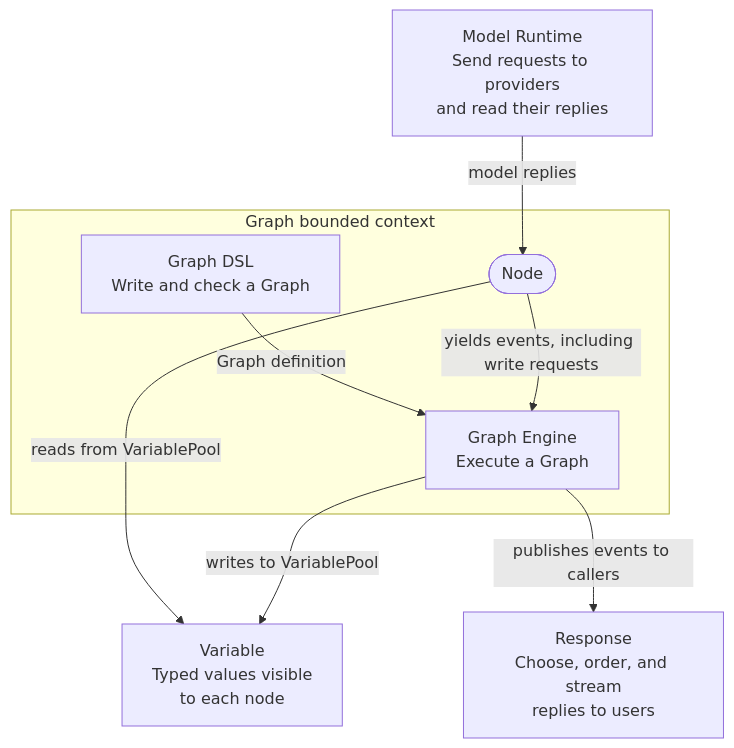
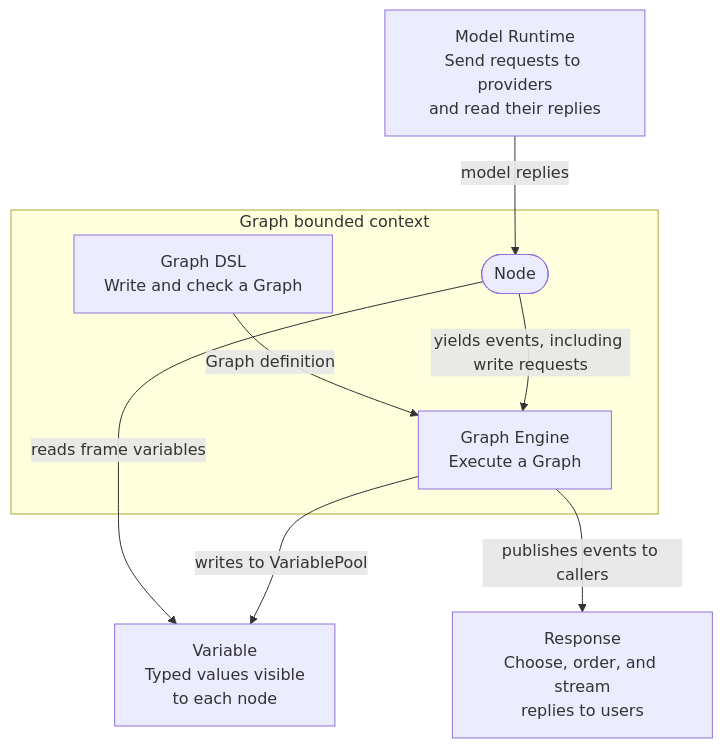
Before and after one commit to langgenius/graphon: the first of 2 diagrams in docs/domain-model.md, drawn with Mermaid. The commit also changed other lines of this file and 34 other files, not shown here.

First line of the commit message:
fix(engine)!: give nodes read-only access to frame variables

````diff
--- a/docs/domain-model.md
+++ b/docs/domain-model.md
@@ -11,11 +11,11 @@
 ```mermaid
 flowchart TB
     subgraph graphContext["Graph bounded context"]
         dsl["Graph DSL<br/>Write and check a Graph"] -->|Graph definition| engine["Graph Engine<br/>Execute a Graph"]
         runningNode(["Node"]) -->|"yields events, including write requests"| engine
     end
-    runningNode -->|reads from VariablePool| variable["Variable<br/>Typed values visible<br/>to each node"]
+    runningNode -->|reads frame variables| variable["Variable<br/>Typed values visible<br/>to each node"]
     engine -->|writes to VariablePool| variable
     modelRuntime["Model Runtime<br/>Send requests to providers<br/>and read their replies"] -->|model replies| runningNode
     engine -->|publishes events to callers| response["Response<br/>Choose, order, and stream<br/>replies to users"]
 ```
````
